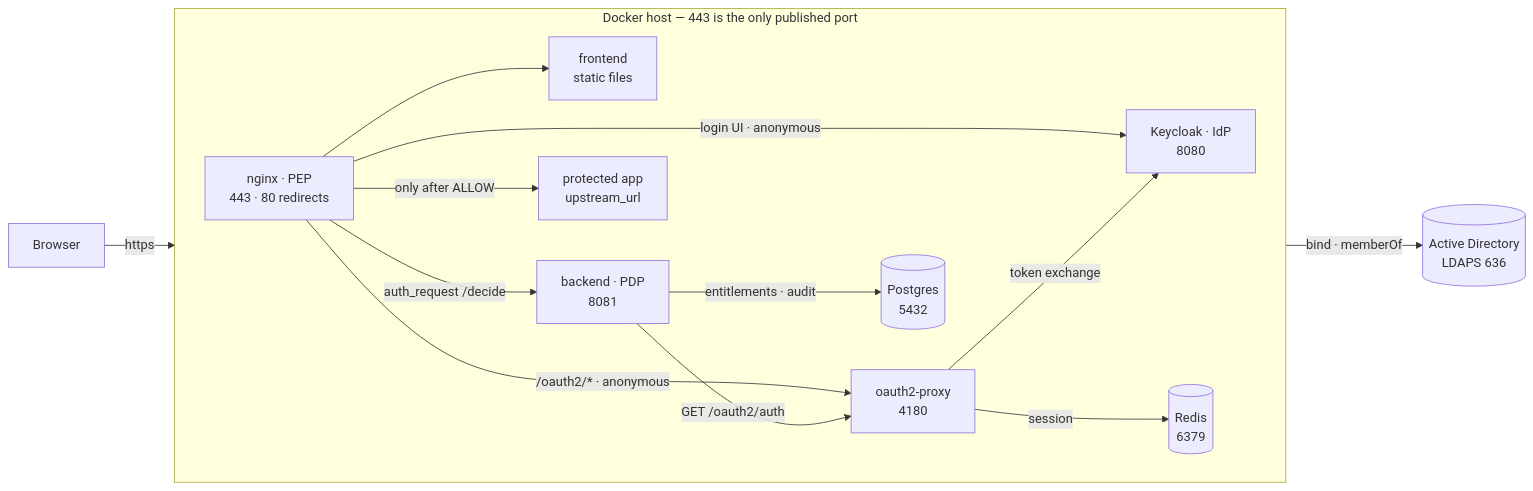
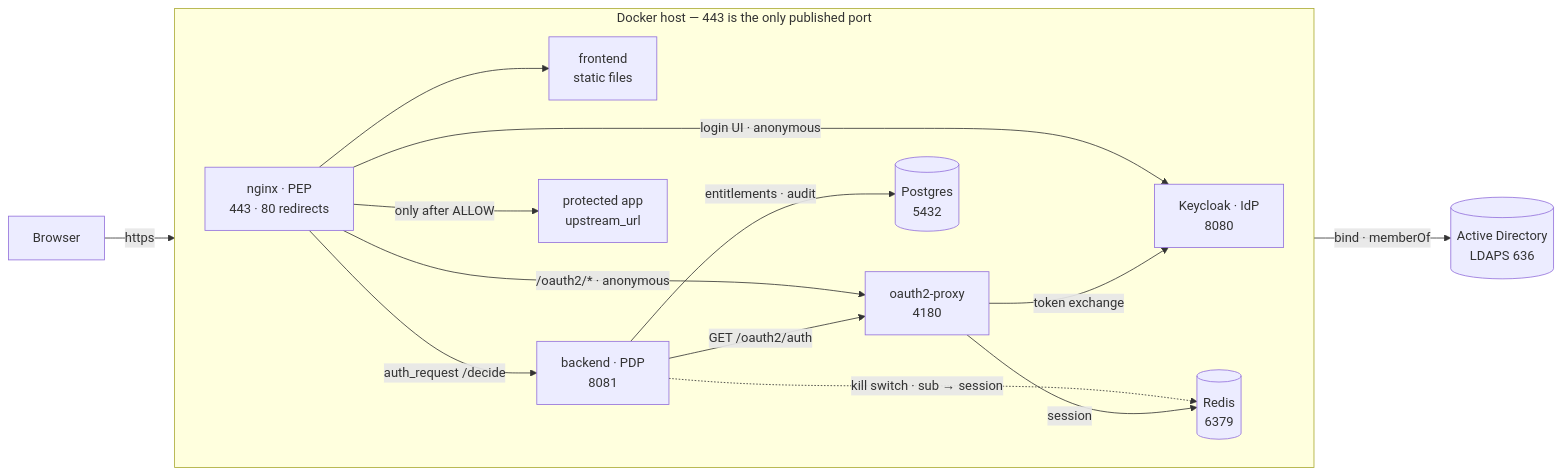
The diagram in README.md (murat-akpinar/OpenBerat), drawn with Mermaid before and after one commit. The commit also changed other lines of this file and 27 other files, not shown here.

````diff
--- a/README.md
+++ b/README.md
@@ -28,30 +46,31 @@
 ```mermaid
 flowchart LR
     browser["Browser"]
 
     subgraph host["Docker host — 443 is the only published port"]
         direction LR
         nginx["nginx · PEP<br>443 · 80 redirects"]
         frontend["frontend<br>static files"]
         backend["backend · PDP<br>8081"]
         o2p["oauth2-proxy<br>4180"]
         kc["Keycloak · IdP<br>8080"]
         pg[("Postgres<br>5432")]
         redis[("Redis<br>6379")]
         app["protected app<br>upstream_url"]
     end
 
     ad[("Active Directory<br>LDAPS 636")]
 
     browser -->|https| nginx
     nginx --> frontend
     nginx -->|"auth_request /decide"| backend
     nginx -->|"/oauth2/* · anonymous"| o2p
     nginx -->|"login UI · anonymous"| kc
     nginx -->|"only after ALLOW"| app
     backend -->|"GET /oauth2/auth"| o2p
     backend -->|"entitlements · audit"| pg
+    backend -.->|"kill switch · sub → session"| redis
     o2p -->|session| redis
     o2p -->|"token exchange"| kc
     kc -->|"bind · memberOf"| ad
 ```
````
